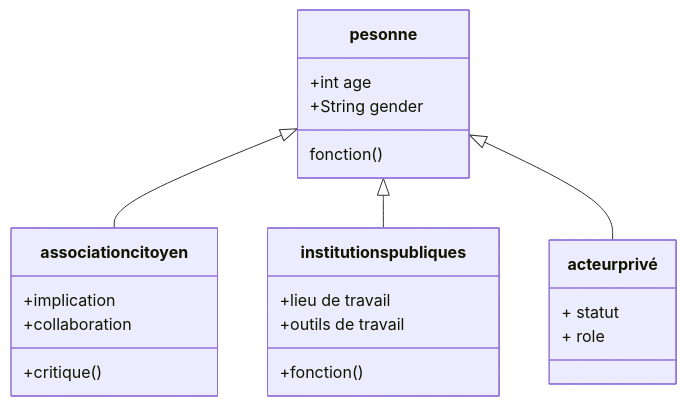
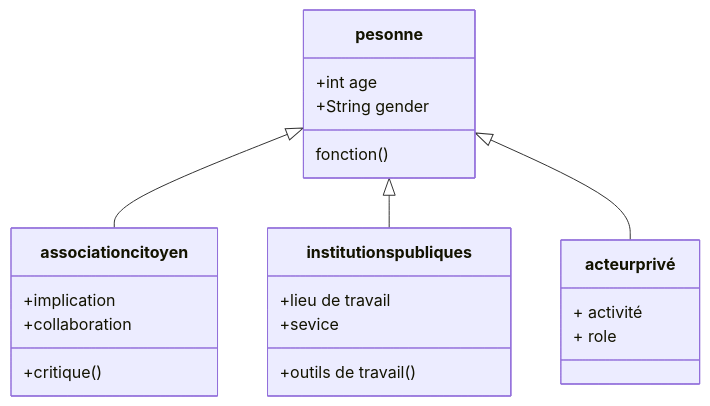
Before and after one commit to kahiarchi/plaine---saint--Denis---batiment-: the diagram in acteurskahiarchi.md, drawn with Mermaid.

````diff
--- a/acteurskahiarchi.md
+++ b/acteurskahiarchi.md
@@ -1,25 +1,25 @@
 ```mermaid
 classDiagram
     pesonne <|-- association citoyen
     pesonne <|-- institutions publiques
     pesonne <|-- acteur privé 
 
     pesonne : +int age
     pesonne : +String gender
     pesonne : fonction()
 
   class association citoyen {
      +implication 
      +collaboration
      +critique ()
     }
     class institutions publiques{
           +lieu de travail
-          +outils de travail
-          +fonction ()
+          +sevice
+          +outils de travail()
     }
     class acteur privé{
-      + statut
+      + activité
      +  role
      }
 ```
````
